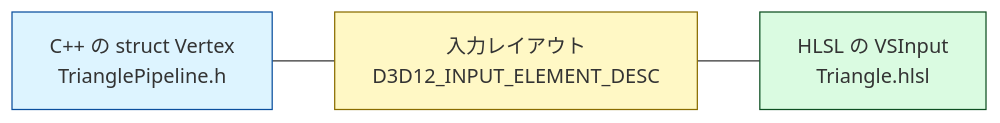
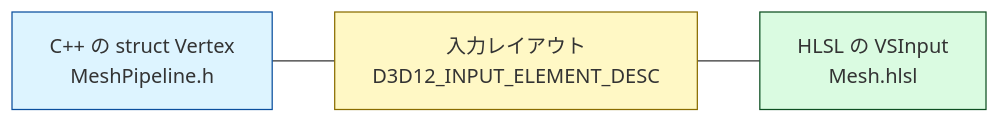
The diagram in docs/tutorial/06_三角形を描く.md (Tomonorarari-Think/DirectX12Dev), drawn with Mermaid before and after one commit. The commit also changed other lines of this file and 23 other files, not shown here.

````diff
--- a/docs/tutorial/06_三角形を描く.md
+++ b/docs/tutorial/06_三角形を描く.md
@@ -68,9 +68,9 @@
 ```mermaid
 flowchart LR
-    A["C++ の struct Vertex<br/>TrianglePipeline.h"] --- B["入力レイアウト<br/>D3D12_INPUT_ELEMENT_DESC"]
-    B --- C["HLSL の VSInput<br/>Triangle.hlsl"]
+    A["C++ の struct Vertex<br/>MeshPipeline.h"] --- B["入力レイアウト<br/>D3D12_INPUT_ELEMENT_DESC"]
+    B --- C["HLSL の VSInput<br/>Mesh.hlsl"]
 
     style A fill:#ddf4ff,stroke:#0a4f9e
     style B fill:#fff8c5,stroke:#8a6d00
     style C fill:#dafbe1,stroke:#0d4f21
 ```
````
